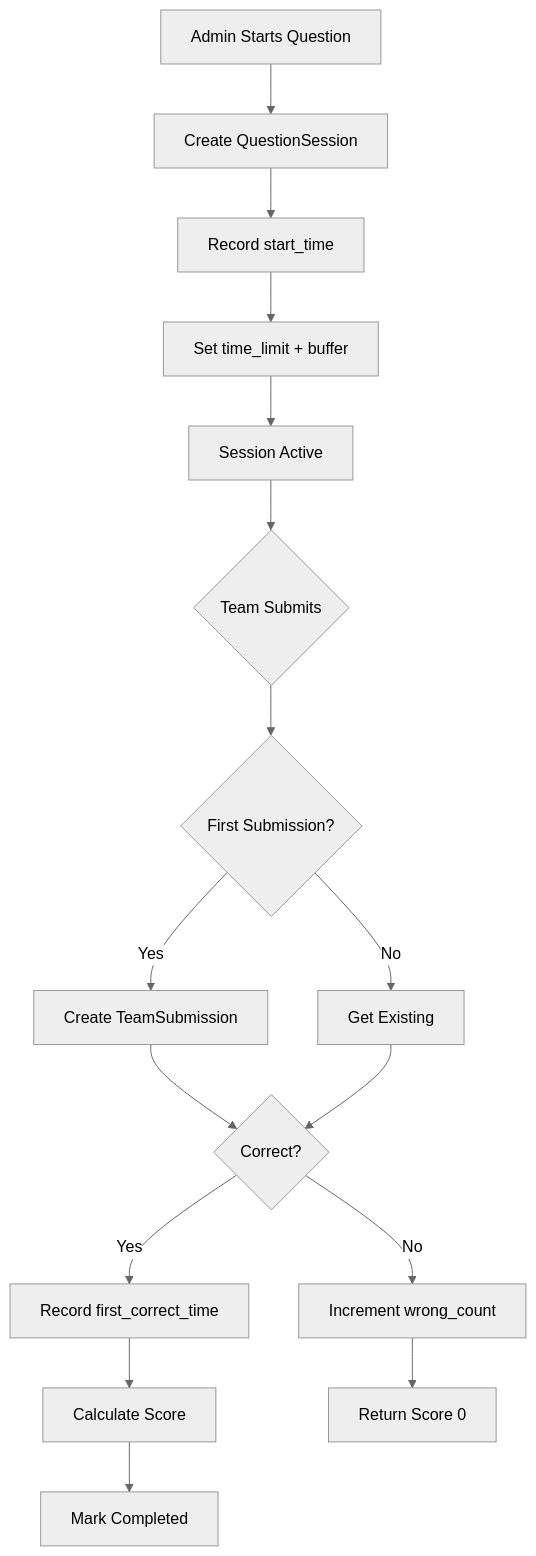
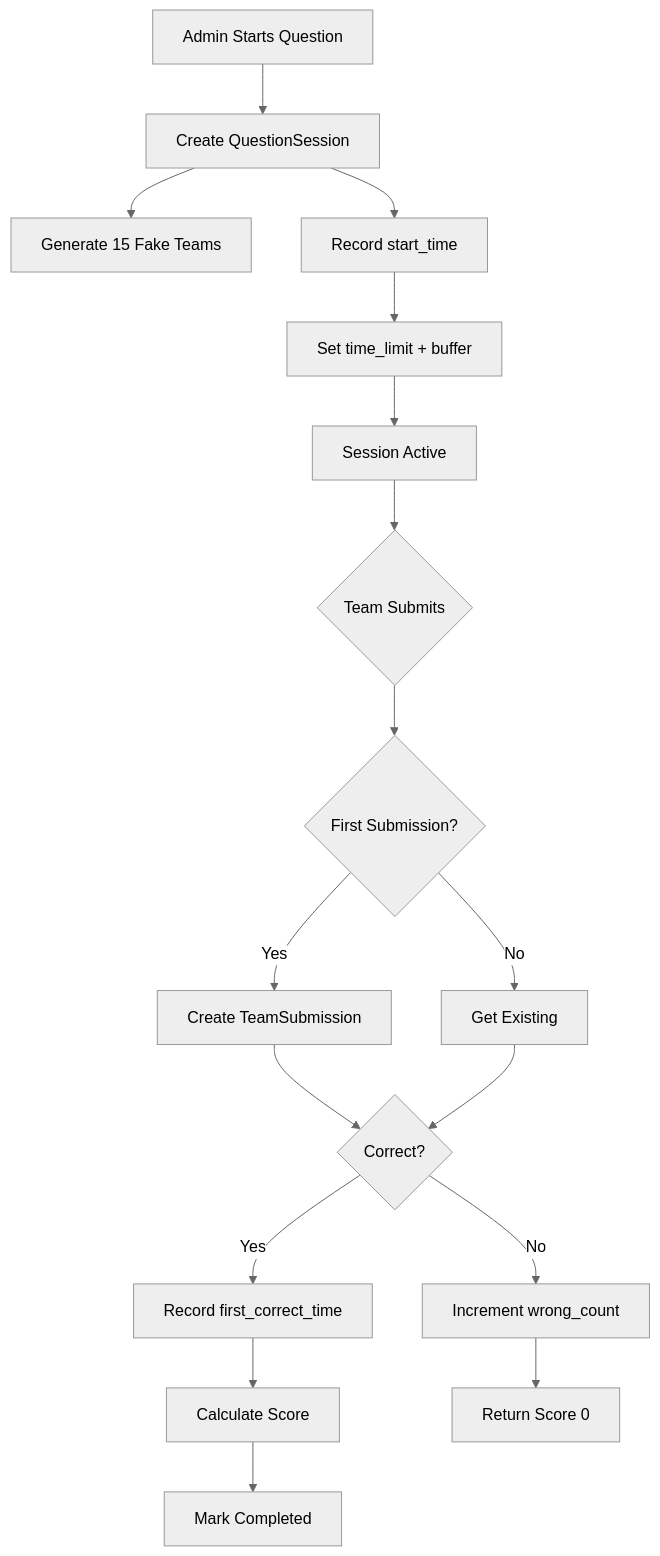
The fourth of 10 diagrams in docs/system-design.md (finalFlash159/mock-server-scoring-api-for-AIC-VBS), drawn with Mermaid (neutral theme) before and after one commit. The commit also changed other lines of this file and 13 other files, not shown here.

````diff
--- a/docs/system-design.md
+++ b/docs/system-design.md
@@ -141,18 +182,19 @@
 ```mermaid
 flowchart TD
     A[Admin Starts Question] --> B[Create QuestionSession]
+    B --> B1[Generate 15 Fake Teams]
     B --> C[Record start_time]
     C --> D[Set time_limit + buffer]
     D --> E[Session Active]
     E --> F{Team Submits}
     F --> G{First Submission?}
     G -->|Yes| H[Create TeamSubmission]
     G -->|No| I[Get Existing]
     H --> J{Correct?}
     I --> J
     J -->|No| K[Increment wrong_count]
     J -->|Yes| L[Record first_correct_time]
     L --> M[Calculate Score]
     M --> N[Mark Completed]
     K --> O[Return Score 0]
 ```
````
